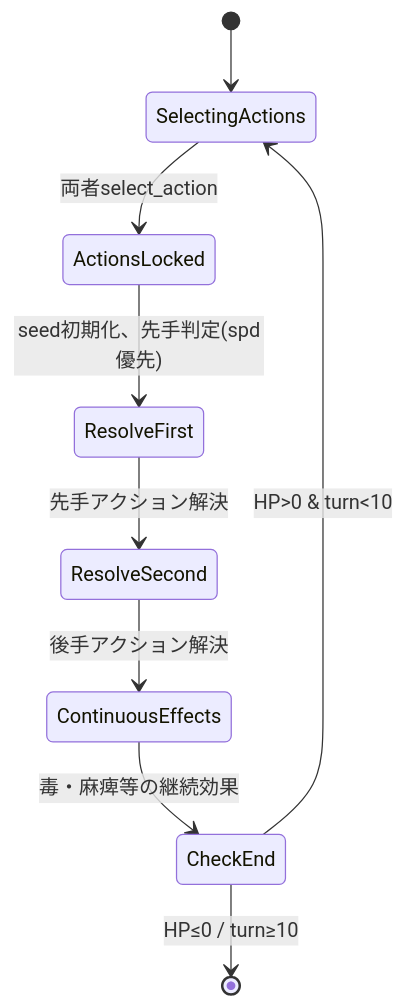
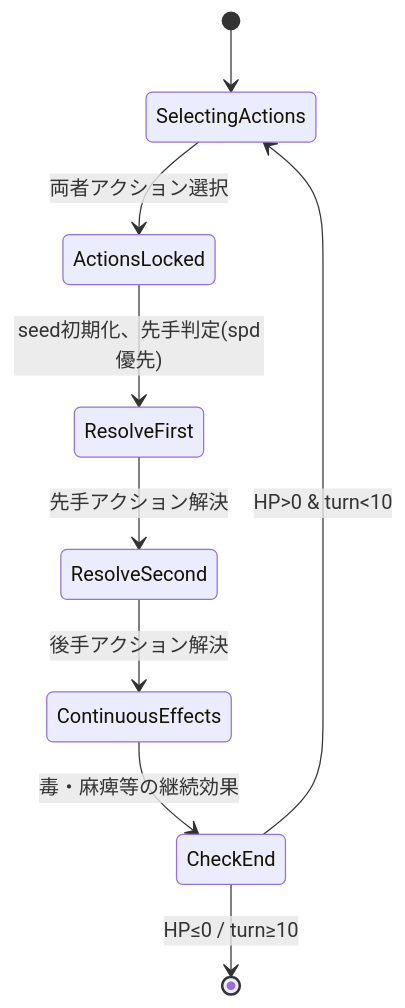
Before and after one commit to n-yata/digi-raise: the third of 4 diagrams in docs/functional-design.md, drawn with Mermaid. The commit also changed other lines of this file and 5 other files, not shown here.

````diff
--- a/docs/functional-design.md
+++ b/docs/functional-design.md
@@ -457,11 +186,11 @@
 ```mermaid
 stateDiagram-v2
     [*] --> SelectingActions
-    SelectingActions --> ActionsLocked: 両者select_action
+    SelectingActions --> ActionsLocked: 両者アクション選択
     ActionsLocked --> ResolveFirst: seed初期化、先手判定(spd優先)
     ResolveFirst --> ResolveSecond: 先手アクション解決
     ResolveSecond --> ContinuousEffects: 後手アクション解決
     ContinuousEffects --> CheckEnd: 毒・麻痺等の継続効果
     CheckEnd --> SelectingActions: HP>0 & turn<10
     CheckEnd --> [*]: HP≤0 / turn≥10
 ```
````
